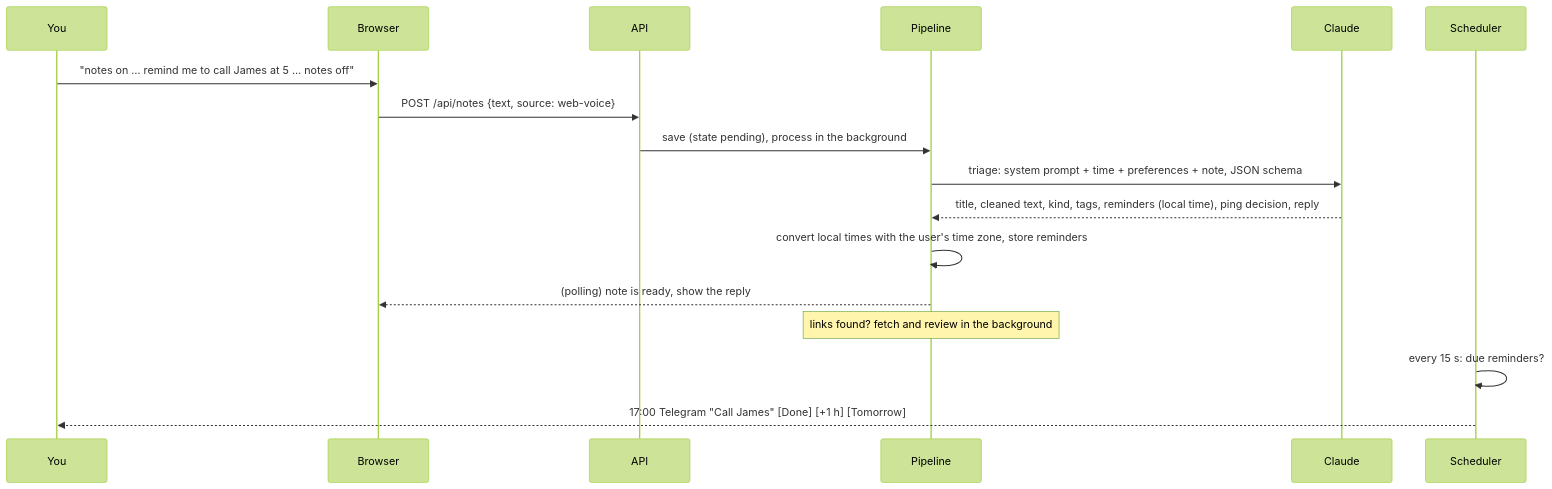
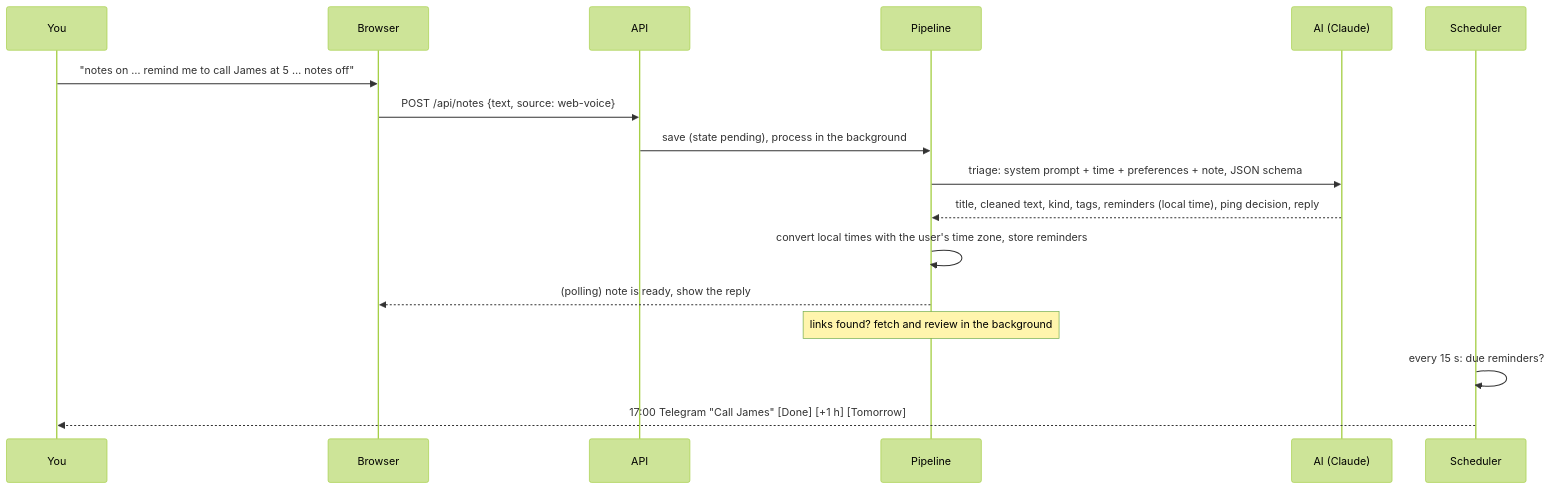
Before and after one commit to Coder-ux-coder/magpie: the second of 3 diagrams in docs/architecture.md, drawn with Mermaid (forest theme). The commit also changed other lines of this file and 78 other files, not shown here.

````diff
--- a/docs/architecture.md
+++ b/docs/architecture.md
@@ -48,19 +49,19 @@
 ```mermaid
 sequenceDiagram
     participant U as You
     participant UI as Browser
     participant A as API
     participant P as Pipeline
-    participant C as Claude
+    participant C as AI (Claude)
     participant S as Scheduler
     U->>UI: "notes on … remind me to call James at 5 … notes off"
     UI->>A: POST /api/notes {text, source: web-voice}
     A->>P: save (state pending), process in the background
     P->>C: triage: system prompt + time + preferences + note, JSON schema
     C-->>P: title, cleaned text, kind, tags, reminders (local time), ping decision, reply
     P->>P: convert local times with the user's time zone, store reminders
     P-->>UI: (polling) note is ready, show the reply
     Note over P: links found? fetch and review in the background
     S->>S: every 15 s: due reminders?
     S-->>U: 17:00 Telegram "Call James" [Done] [+1 h] [Tomorrow]
 ```
````
